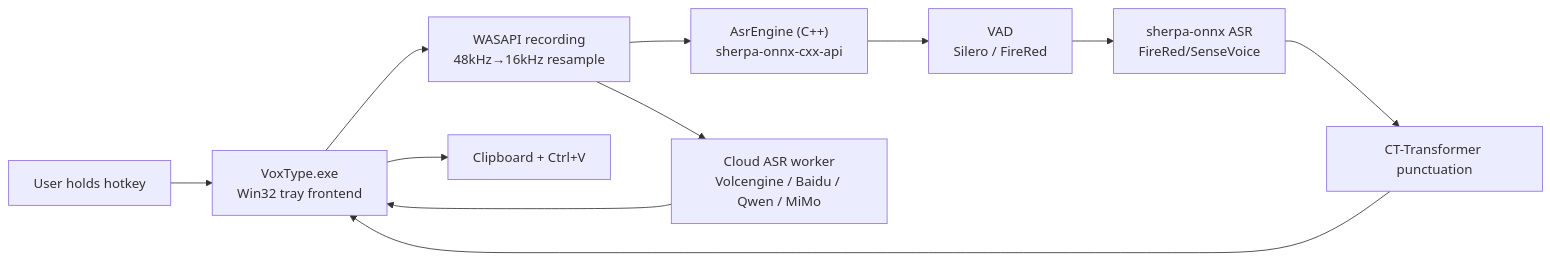
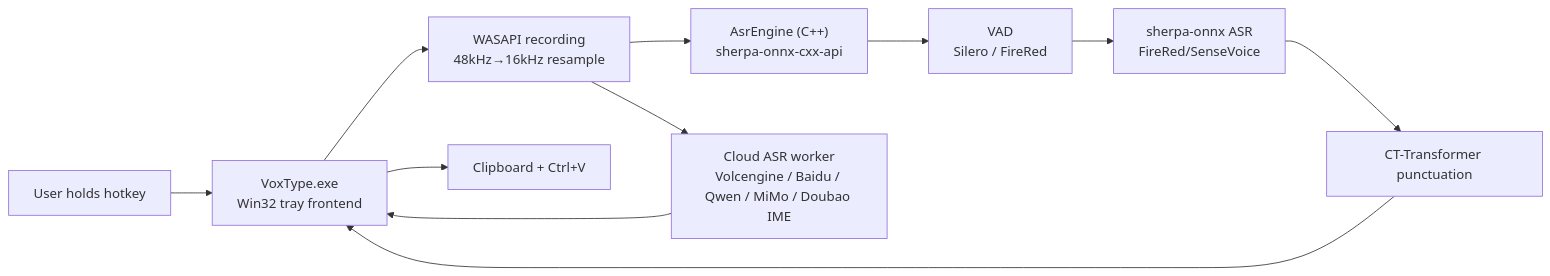
One commit to melody0709/Voice_LLM_ASR_Input changed the first of 2 diagrams in ARCHITECTURE.md. Above: the diagram before and after it, drawn with Mermaid. The commit also changed other lines of this file and 35 other files, not shown here.

````diff
--- a/ARCHITECTURE.md
+++ b/ARCHITECTURE.md
@@ -9,13 +9,13 @@
 ```mermaid
 flowchart LR
     User["User holds hotkey"] --> Frontend["VoxType.exe<br/>Win32 tray frontend"]
     Frontend --> Recorder["WASAPI recording<br/>48kHz→16kHz resample"]
     Recorder --> Engine["AsrEngine (C++)<br/>sherpa-onnx-cxx-api"]
-    Recorder --> Cloud["Cloud ASR worker<br/>Volcengine / Baidu / Qwen / MiMo"]
+    Recorder --> Cloud["Cloud ASR worker<br/>Volcengine / Baidu / Qwen / MiMo / Doubao IME"]
     Engine --> VAD["VAD<br/>Silero / FireRed"]
     VAD --> ASR["sherpa-onnx ASR<br/>FireRed/SenseVoice"]
     ASR --> Punct["CT-Transformer punctuation"]
     Punct --> Frontend
     Cloud --> Frontend
     Frontend --> Inject["Clipboard + Ctrl+V"]
 ```
````
